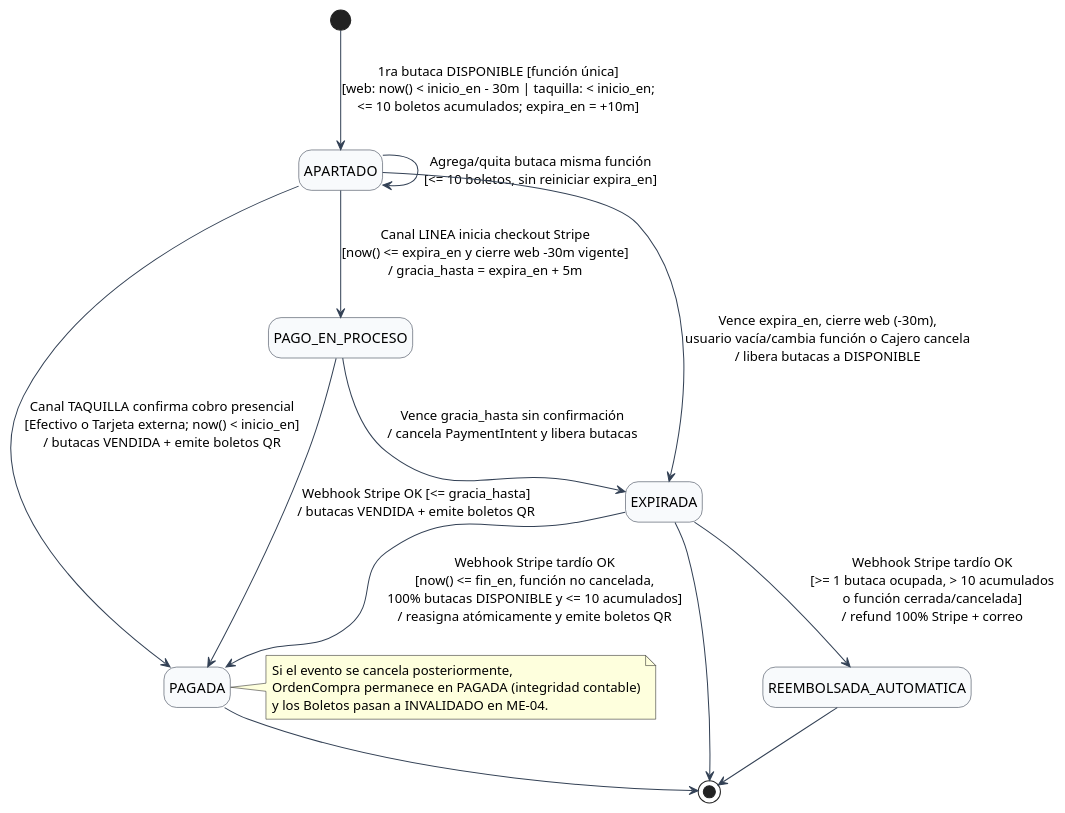
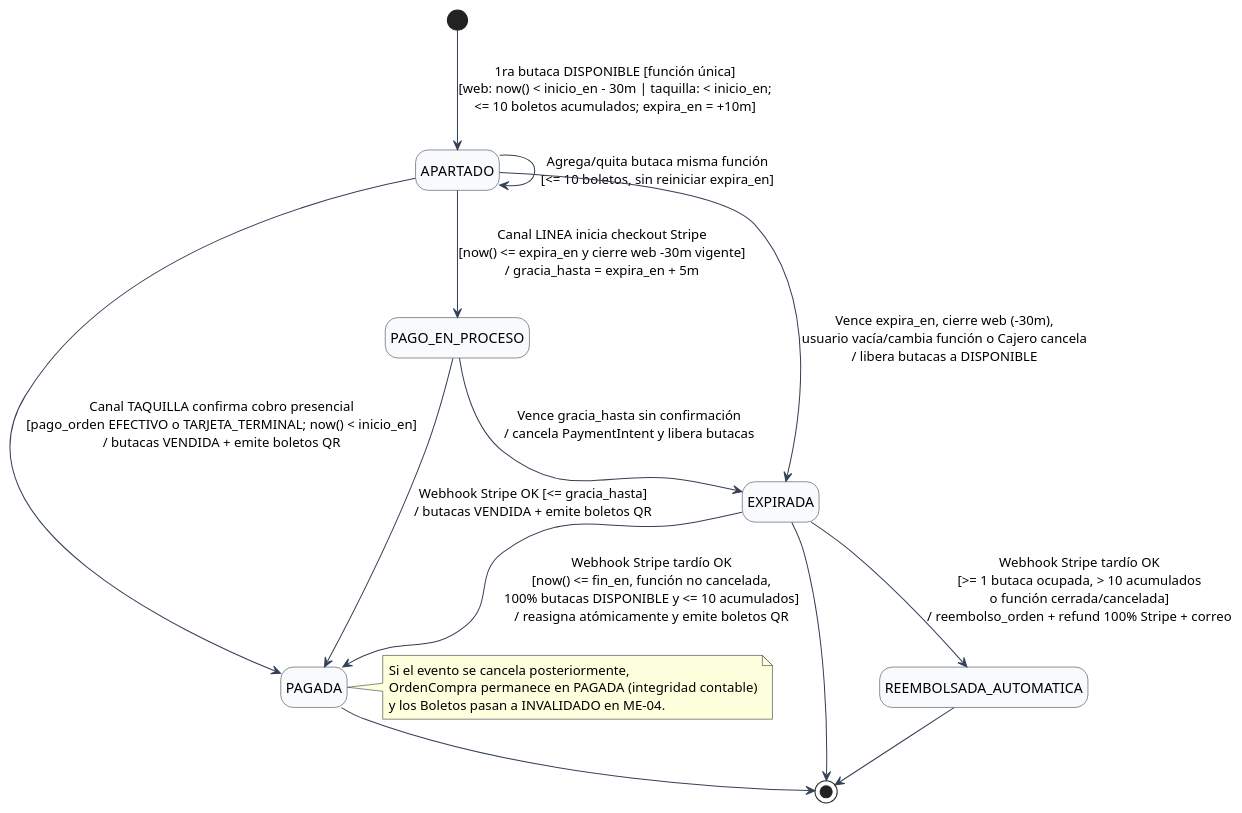
The diagram in docs/maquinas-de-estado/me03-orden-compra.puml (AntonioVargas97/Teatro), drawn with PlantUML before and after one commit. The commit also changed 29 other files, not shown here.

```diff
--- a/docs/maquinas-de-estado/me03-orden-compra.puml
+++ b/docs/maquinas-de-estado/me03-orden-compra.puml
@@ -1,31 +1,32 @@
 @startuml ME03_Orden_Compra
+' Actualizado 2026-11-26: alineado con BD v6.2. Estados financieros derivados (no columnas), PagoOrden/PagoArrendamiento, webhook_stripe, contingencia_funcion por tabla, cotizacion_version al aprobar, asignacion_butaca para el inventario.
 hide empty description
 skinparam state {
   BackgroundColor #F8FAFC
   BorderColor #1E293B
   ArrowColor #334155
 }
 
 [*] --> APARTADO : 1ra butaca DISPONIBLE [función única]\n[web: now() < inicio_en - 30m | taquilla: < inicio_en;\n<= 10 boletos acumulados; expira_en = +10m]
 
 APARTADO --> APARTADO : Agrega/quita butaca misma función\n[<= 10 boletos, sin reiniciar expira_en]
 APARTADO --> EXPIRADA : Vence expira_en, cierre web (-30m),\nusuario vacía/cambia función o Cajero cancela\n/ libera butacas a DISPONIBLE
 APARTADO --> PAGO_EN_PROCESO : Canal LINEA inicia checkout Stripe\n[now() <= expira_en y cierre web -30m vigente]\n/ gracia_hasta = expira_en + 5m
-APARTADO --> PAGADA : Canal TAQUILLA confirma cobro presencial\n[Efectivo o Tarjeta externa; now() < inicio_en]\n/ butacas VENDIDA + emite boletos QR
+APARTADO --> PAGADA : Canal TAQUILLA confirma cobro presencial\n[pago_orden EFECTIVO o TARJETA_TERMINAL; now() < inicio_en]\n/ butacas VENDIDA + emite boletos QR
 
 PAGO_EN_PROCESO --> PAGADA : Webhook Stripe OK [<= gracia_hasta]\n/ butacas VENDIDA + emite boletos QR
 PAGO_EN_PROCESO --> EXPIRADA : Vence gracia_hasta sin confirmación\n/ cancela PaymentIntent y libera butacas
 
 EXPIRADA --> PAGADA : Webhook Stripe tardío OK\n[now() <= fin_en, función no cancelada,\n100% butacas DISPONIBLE y <= 10 acumulados]\n/ reasigna atómicamente y emite boletos QR
-EXPIRADA --> REEMBOLSADA_AUTOMATICA : Webhook Stripe tardío OK\n[>= 1 butaca ocupada, > 10 acumulados\no función cerrada/cancelada]\n/ refund 100% Stripe + correo
+EXPIRADA --> REEMBOLSADA_AUTOMATICA : Webhook Stripe tardío OK\n[>= 1 butaca ocupada, > 10 acumulados\no función cerrada/cancelada]\n/ reembolso_orden + refund 100% Stripe + correo
 
 note right of PAGADA
   Si el evento se cancela posteriormente,
   OrdenCompra permanece en PAGADA (integridad contable)
   y los Boletos pasan a INVALIDADO en ME-04.
 end note
 
 PAGADA --> [*]
 EXPIRADA --> [*]
 REEMBOLSADA_AUTOMATICA --> [*]
 @enduml
```
